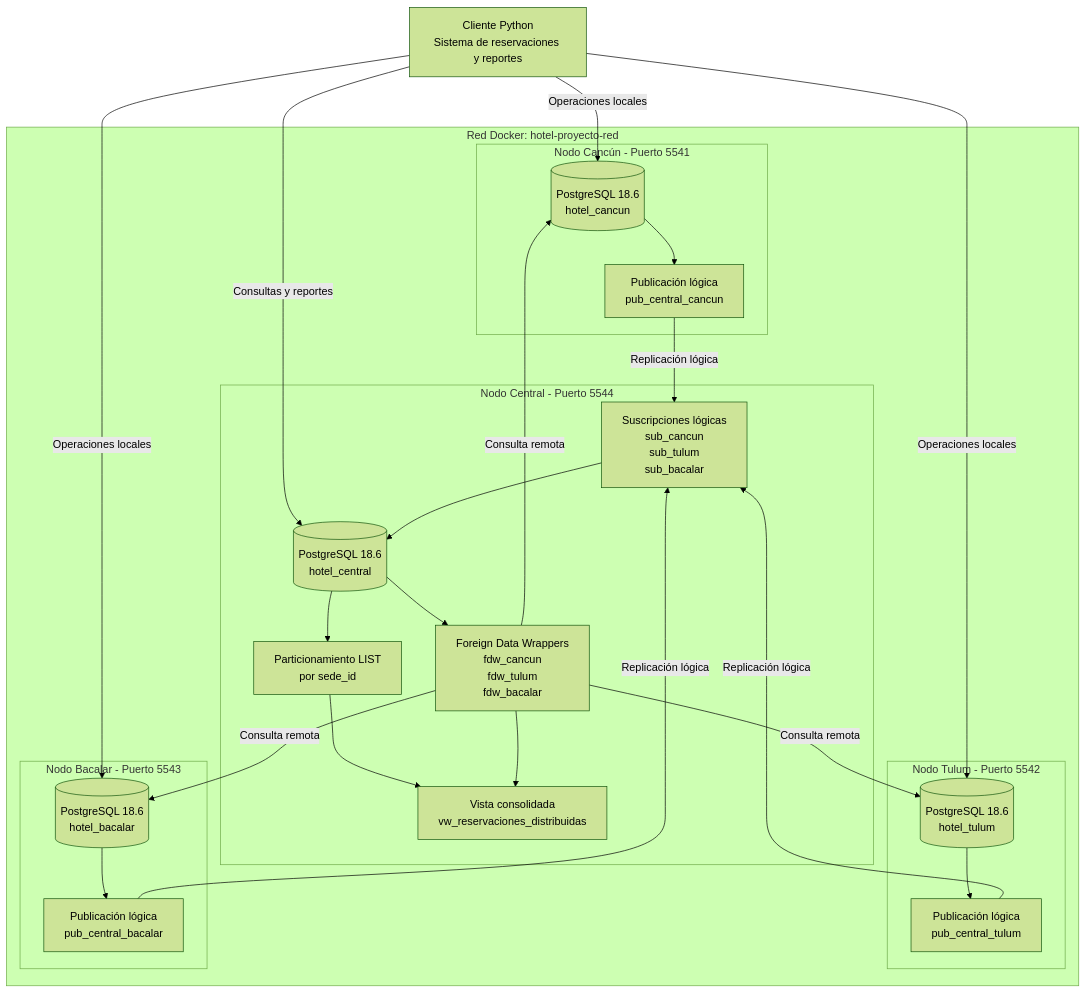
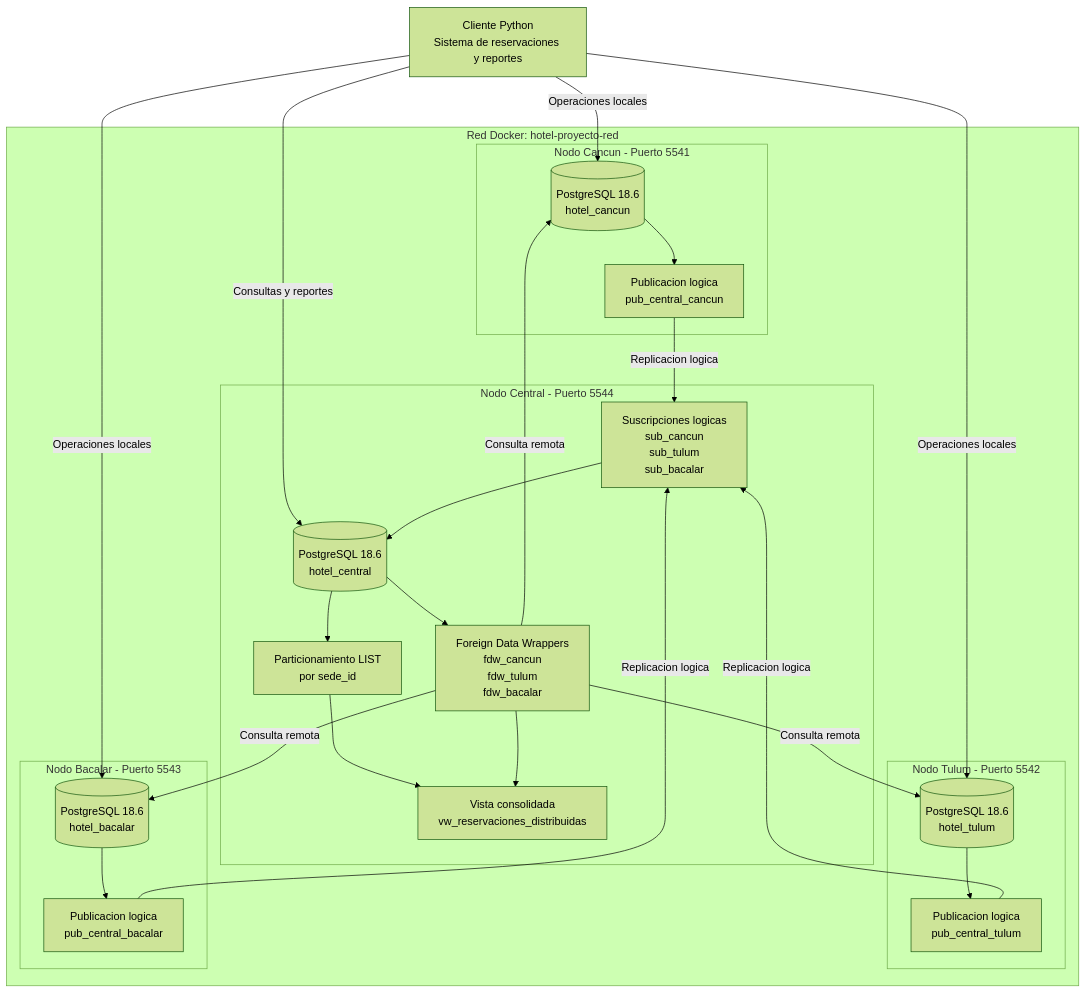
One commit to PalafoxUpqroo/PROYECTO_INTEGRADOR changed the diagram in documentation/10_diagrama_arquitectura.md. Above: the diagram before and after it, drawn with Mermaid (forest theme). The commit also changed other lines of this file and 103 other files, not shown here.

````diff
--- a/documentation/10_diagrama_arquitectura.md
+++ b/documentation/10_diagrama_arquitectura.md
@@ -7,51 +7,51 @@
 ```mermaid
 flowchart TB
     CLIENTE["Cliente Python<br/>Sistema de reservaciones y reportes"]
 
     subgraph RED["Red Docker: hotel-proyecto-red"]
-        subgraph CUN["Nodo Cancún - Puerto 5541"]
+        subgraph CUN["Nodo Cancun - Puerto 5541"]
             DB_CUN[("PostgreSQL 18.6<br/>hotel_cancun")]
-            PUB_CUN["Publicación lógica<br/>pub_central_cancun"]
+            PUB_CUN["Publicacion logica<br/>pub_central_cancun"]
         end
 
         subgraph TUL["Nodo Tulum - Puerto 5542"]
             DB_TUL[("PostgreSQL 18.6<br/>hotel_tulum")]
-            PUB_TUL["Publicación lógica<br/>pub_central_tulum"]
+            PUB_TUL["Publicacion logica<br/>pub_central_tulum"]
         end
 
         subgraph BAC["Nodo Bacalar - Puerto 5543"]
             DB_BAC[("PostgreSQL 18.6<br/>hotel_bacalar")]
-            PUB_BAC["Publicación lógica<br/>pub_central_bacalar"]
+            PUB_BAC["Publicacion logica<br/>pub_central_bacalar"]
         end
 
         subgraph CENTRAL["Nodo Central - Puerto 5544"]
             DB_CENTRAL[("PostgreSQL 18.6<br/>hotel_central")]
-            SUBS["Suscripciones lógicas<br/>sub_cancun<br/>sub_tulum<br/>sub_bacalar"]
+            SUBS["Suscripciones logicas<br/>sub_cancun<br/>sub_tulum<br/>sub_bacalar"]
             PART["Particionamiento LIST<br/>por sede_id"]
             FDW["Foreign Data Wrappers<br/>fdw_cancun<br/>fdw_tulum<br/>fdw_bacalar"]
             VIEW["Vista consolidada<br/>vw_reservaciones_distribuidas"]
         end
     end
 
     CLIENTE -->|"Operaciones locales"| DB_CUN
     CLIENTE -->|"Operaciones locales"| DB_TUL
     CLIENTE -->|"Operaciones locales"| DB_BAC
     CLIENTE -->|"Consultas y reportes"| DB_CENTRAL
 
     DB_CUN --> PUB_CUN
     DB_TUL --> PUB_TUL
     DB_BAC --> PUB_BAC
 
-    PUB_CUN -->|"Replicación lógica"| SUBS
-    PUB_TUL -->|"Replicación lógica"| SUBS
-    PUB_BAC -->|"Replicación lógica"| SUBS
+    PUB_CUN -->|"Replicacion logica"| SUBS
+    PUB_TUL -->|"Replicacion logica"| SUBS
+    PUB_BAC -->|"Replicacion logica"| SUBS
 
     SUBS --> DB_CENTRAL
     DB_CENTRAL --> PART
     DB_CENTRAL --> FDW
     FDW -->|"Consulta remota"| DB_CUN
     FDW -->|"Consulta remota"| DB_TUL
     FDW -->|"Consulta remota"| DB_BAC
     PART --> VIEW
     FDW --> VIEW
 ```
````
